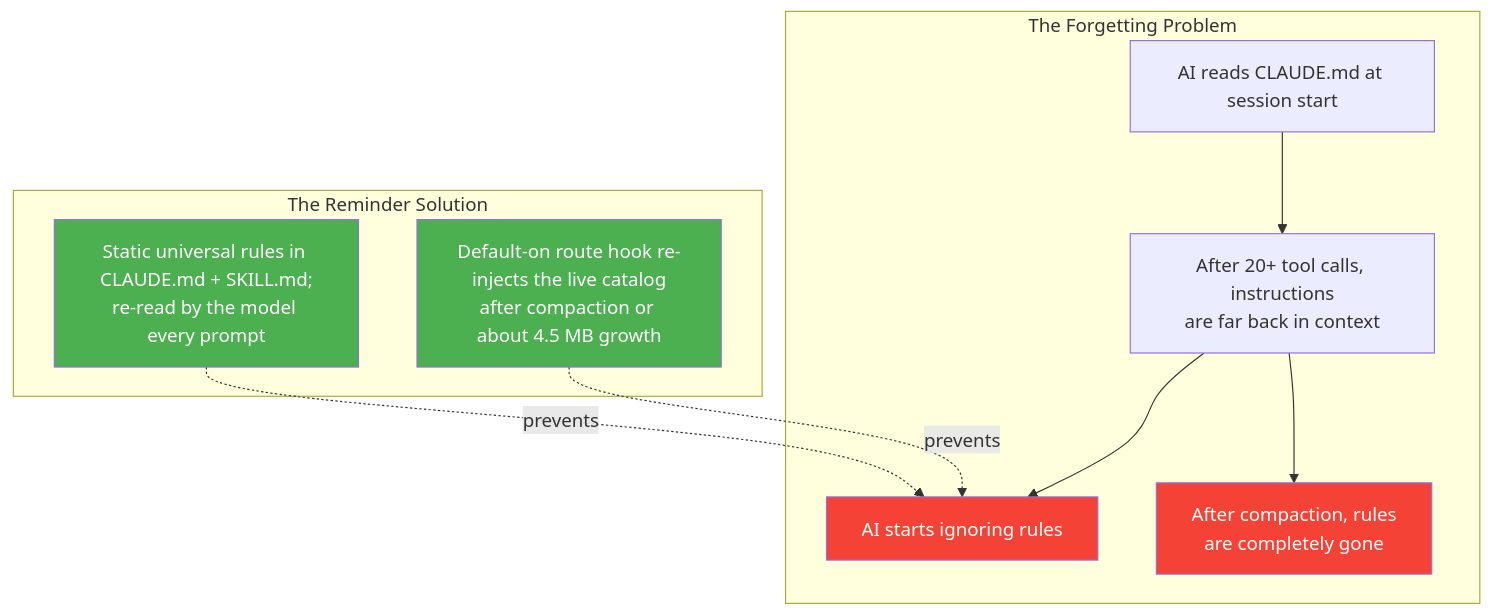
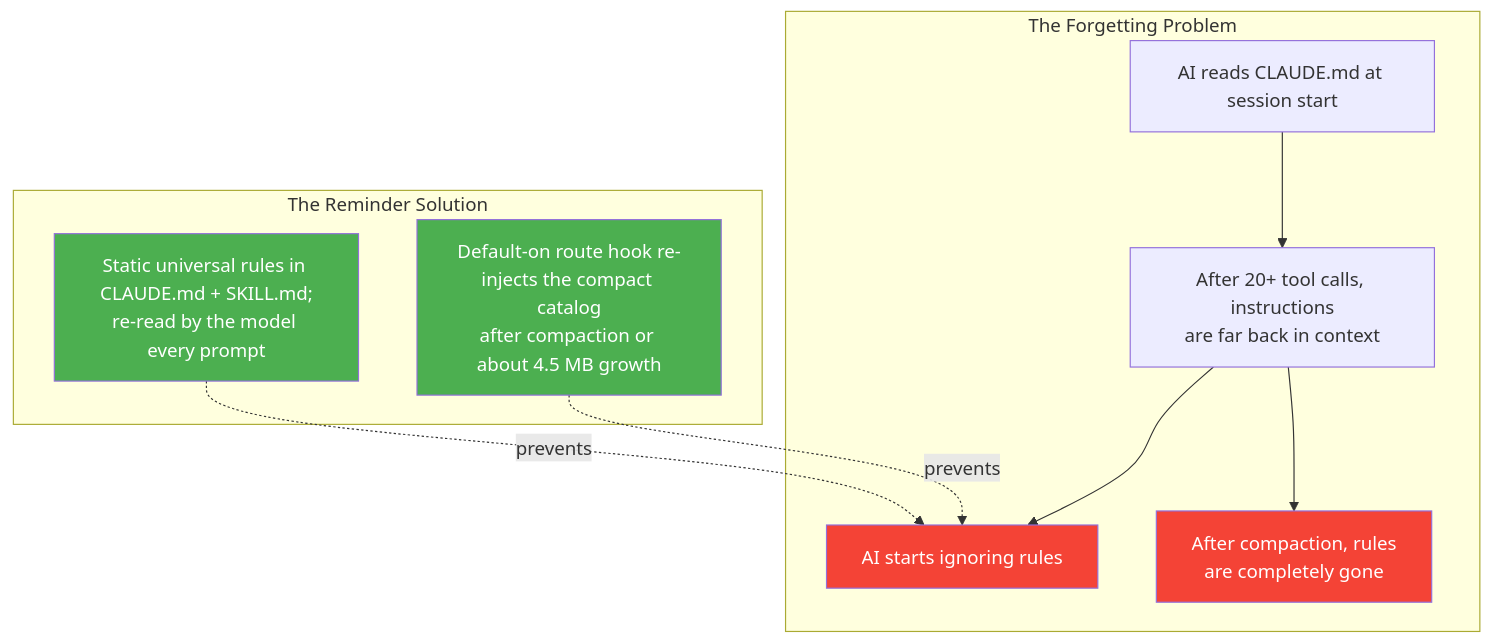
One commit to duc01226/easy-claude changed the tenth of 20 diagrams in .claude/docs/claude-ai-agent-framework-guide.md. Above: the diagram before and after it, drawn with Mermaid. The commit also changed other lines of this file and 786 other files, not shown here.

````diff
--- a/.claude/docs/claude-ai-agent-framework-guide.md
+++ b/.claude/docs/claude-ai-agent-framework-guide.md
@@ -1059,24 +1075,24 @@
 ```mermaid
 graph TB
     subgraph "The Forgetting Problem"
         F1[AI reads CLAUDE.md at session start]
         F2[After 20+ tool calls, instructions<br/>are far back in context]
         F3[AI starts ignoring rules]
         F4[After compaction, rules<br/>are completely gone]
     end
 
     subgraph "The Reminder Solution"
         R1[Static universal rules in CLAUDE.md + SKILL.md;<br/>re-read by the model every prompt]
-        R2[Default-on route hook re-injects the live catalog<br/>after compaction or about 4.5 MB growth]
+        R2[Default-on route hook re-injects the compact catalog<br/>after compaction or about 4.5 MB growth]
     end
 
     F1 --> F2 --> F3
     F2 --> F4
     R1 -.->|prevents| F3
     R2 -.->|prevents| F3
 
     style F3 fill:#f44336,color:white
     style F4 fill:#f44336,color:white
     style R1 fill:#4CAF50,color:white
     style R2 fill:#4CAF50,color:white
 ```
````
